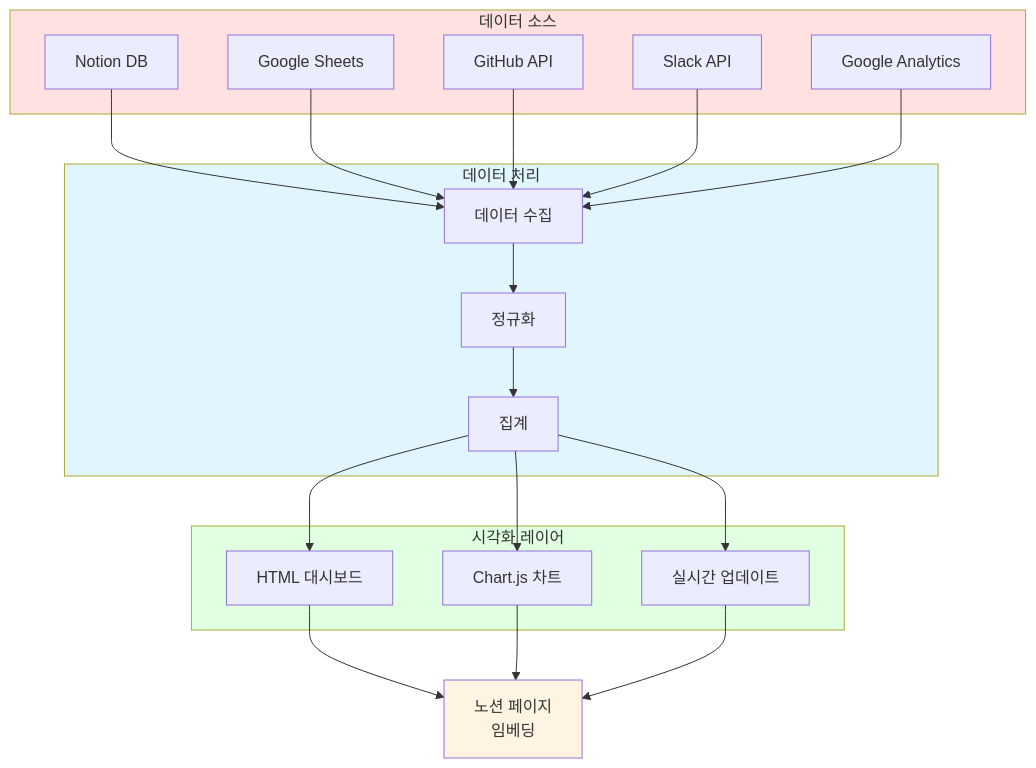
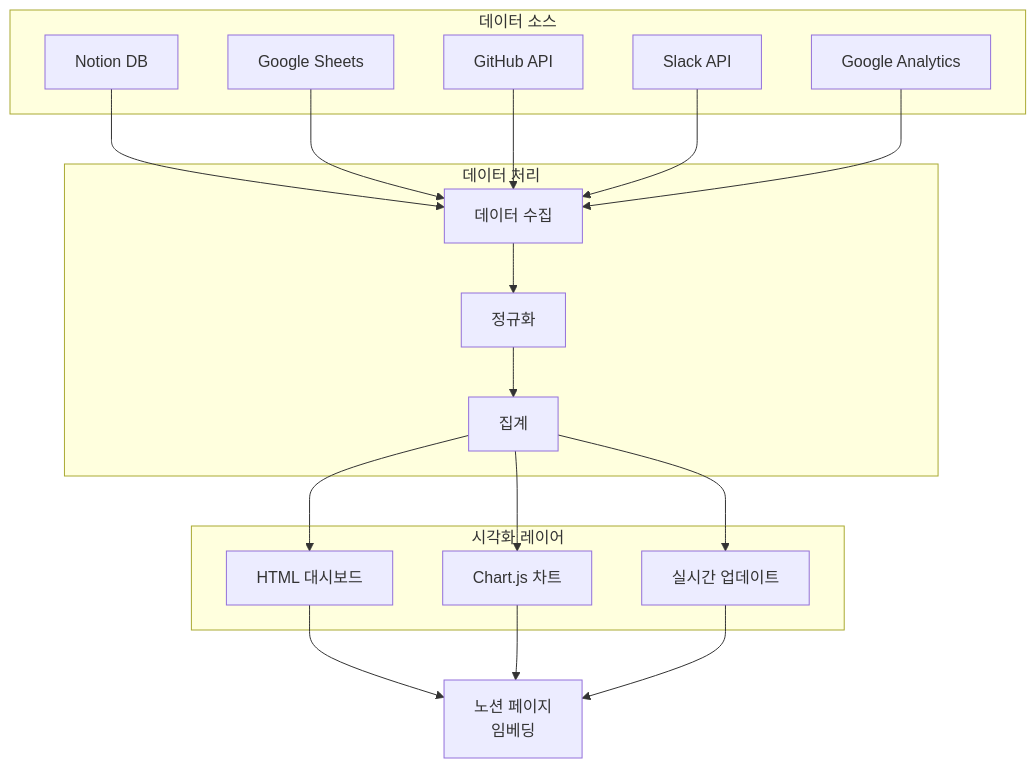
Before and after one commit to nugurejeil/weniVooks: the eighth of 10 diagrams in _md/genai-notion/chapter09/09-3.md, drawn with Mermaid. The commit also changed other lines of this file and 187 other files, not shown here.

````diff
--- a/_md/genai-notion/chapter09/09-3.md
+++ b/_md/genai-notion/chapter09/09-3.md
@@ -548,34 +531,29 @@
 ```mermaid
 flowchart TB
     subgraph 데이터소스["데이터 소스"]
         A1[Notion DB]
         A2[Google Sheets]
         A3[GitHub API]
         A4[Slack API]
         A5[Google Analytics]
     end
 
     subgraph 중간처리["데이터 처리"]
         B1[데이터 수집]
         B2[정규화]
         B3[집계]
     end
 
     subgraph 시각화["시각화 레이어"]
         C1[HTML 대시보드]
         C2[Chart.js 차트]
         C3[실시간 업데이트]
     end
 
     D[노션 페이지<br/>임베딩]
 
     A1 & A2 & A3 & A4 & A5 --> B1
     B1 --> B2 --> B3
     B3 --> C1 & C2 & C3
     C1 & C2 & C3 --> D
-
-    style 데이터소스 fill:#ffe1e1
-    style 중간처리 fill:#e1f5ff
-    style 시각화 fill:#e1ffe1
-    style D fill:#fff4e1
 ```
````
